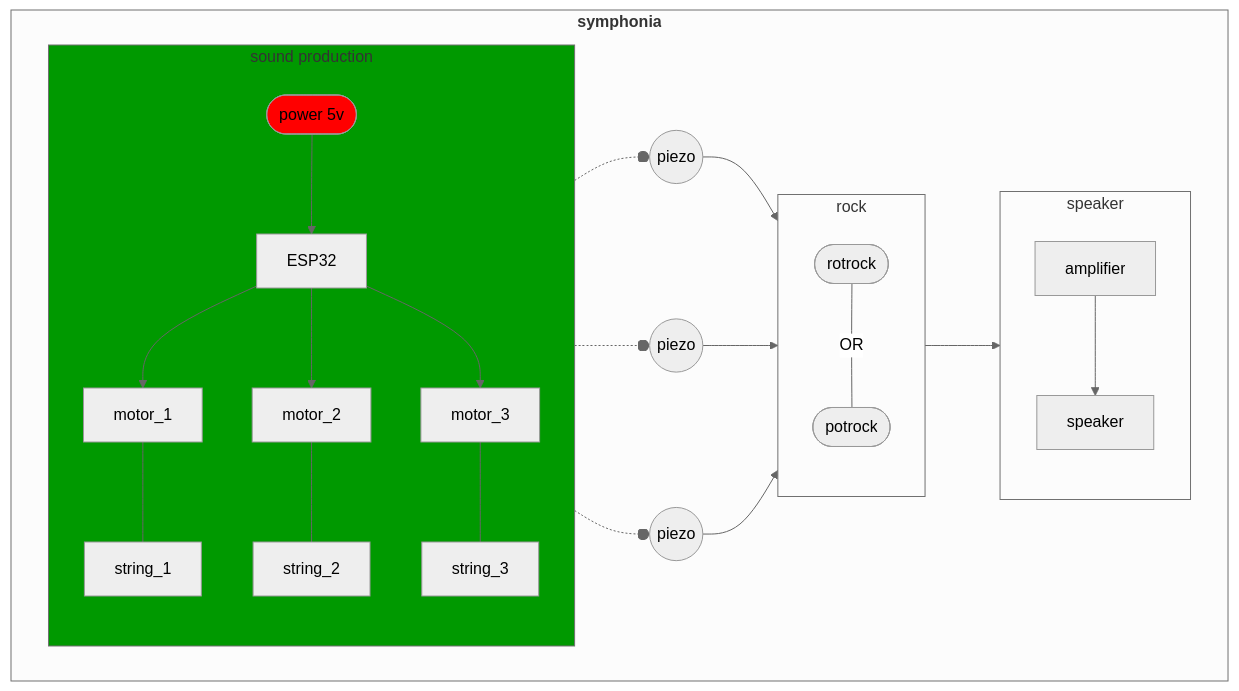
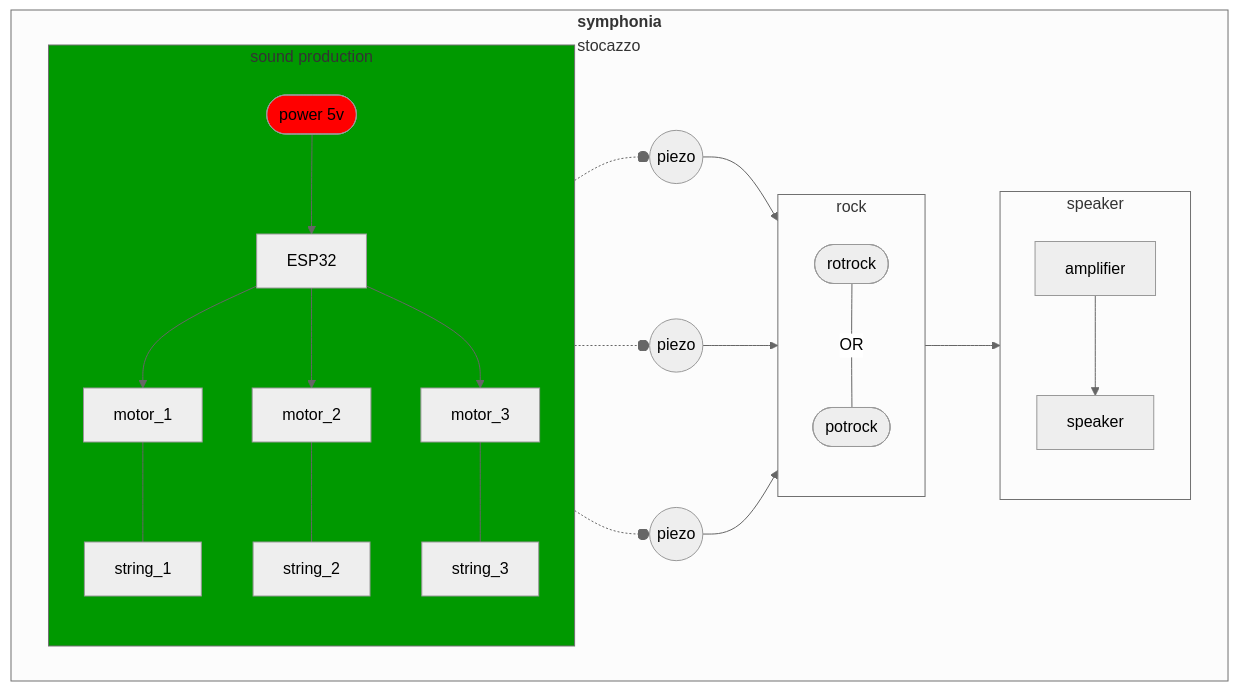
The fourth of 9 diagrams in README.md (Hortus-Deliciarum/docz), drawn with Mermaid (neutral theme) before and after one commit. The commit also changed other lines of this file and 1 other file, not shown here.

````diff
--- a/README.md
+++ b/README.md
@@ -59,33 +74,33 @@
 ```mermaid
 flowchart LR
 
 classDef ppp fill:#FF0000
 classDef sp fill:#009900
 
-subgraph symphonia[<p><b>symphonia</b></p>]
+subgraph symphonia[<div><b>symphonia</b></div><div>stocazzo</div>]
     direction LR
     subgraph sound["sound production"]
         direction TB
         p(["power 5v"]):::ppp --> ESP32
         ESP32 --> motor_1 --- string_1
         ESP32 --> motor_2 --- string_2
         ESP32 --> motor_3 --- string_3
     end
 
     subgraph S["speaker"]
         direction TB
         amplifier --> speaker
     end
 
     subgraph dsp["rock"]
         direction TB
         r1([rotrock]) --- |OR| r2([potrock])
     end
 
     string_1-.-o piezo1((piezo))-->dsp-->S
     string_2-.-o piezo2((piezo))-->dsp
     string_3-.-o piezo3((piezo))-->dsp
 end
 
 sound:::sp
 ```
````
